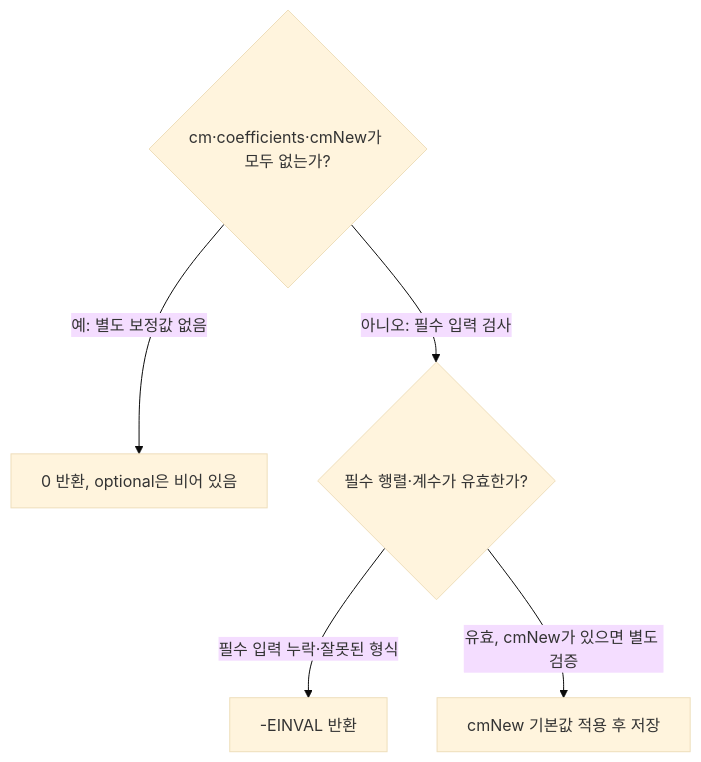
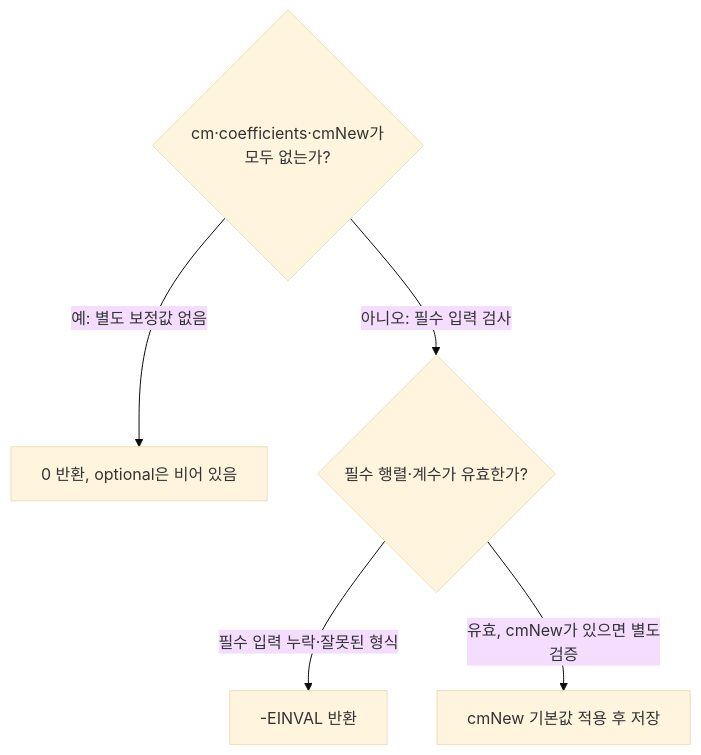
The second of 2 diagrams in docs/rkisp1-dewarp.md (TTolsun/libcamera-sdd), drawn with Mermaid (base theme) before and after one commit. The commit also changed other lines of this file and 125 other files, not shown here.

````diff
--- a/docs/rkisp1-dewarp.md
+++ b/docs/rkisp1-dewarp.md
@@ -77,13 +80,13 @@
 ```mermaid
 flowchart TB
-%% sdd:translations {"-EINVAL 반환": "Return -EINVAL", "0 반환, optional은 비어 있음": "Return 0 with empty optional", "cmNew 기본값 적용 후 저장": "Apply cmNew default and store", "cm·coefficients·cmNew가 모두 없는가?": "Are cm, coefficients and cmNew all absent?", "아니오: 필수 입력 검사": "No: validate required input", "예: 별도 보정값 없음": "Yes: no explicit parameters", "유효, cmNew가 있으면 별도 검증": "Valid; also validate cmNew when provided", "필수 입력 누락·잘못된 형식": "Missing or malformed required input", "필수 행렬·계수가 유효한가?": "Required matrix and coefficients valid?"}
-  v_empty{"cm·coefficients·cmNew가 모두 없는가?"}
+%% sdd:translations {"-EINVAL 반환": "Return -EINVAL", "0 반환, optional은 비어 있음": "Return 0 with empty optional", "cmNew 기본값 적용 후 저장": "Apply cmNew default and <br/>store", "cm·coefficients·cmNew가 <br/>모두 없는가?": "Are cm, coefficients and <br/>cmNew all absent?", "아니오: 필수 입력 검사": "No: validate required input", "예: 별도 보정값 없음": "Yes: no explicit parameters", "유효, cmNew가 있으면 별도 <br/>검증": "Valid; also validate cmNew <br/>when provided", "필수 입력 누락·잘못된 형식": "Missing or malformed <br/>required input", "필수 행렬·계수가 유효한가?": "Required matrix and <br/>coefficients valid?"}
+  v_empty{"cm·coefficients·cmNew가 <br/>모두 없는가?"}
   v_default["0 반환, optional은 비어 있음"]
   v_valid{"필수 행렬·계수가 유효한가?"}
   v_error["-EINVAL 반환"]
   v_store["cmNew 기본값 적용 후 저장"]
   v_empty -->|"예: 별도 보정값 없음"| v_default
   v_empty -->|"아니오: 필수 입력 검사"| v_valid
   v_valid -->|"필수 입력 누락·잘못된 형식"| v_error
-  v_valid -->|"유효, cmNew가 있으면 별도 검증"| v_store
+  v_valid -->|"유효, cmNew가 있으면 별도 <br/>검증"| v_store
 ```
````
